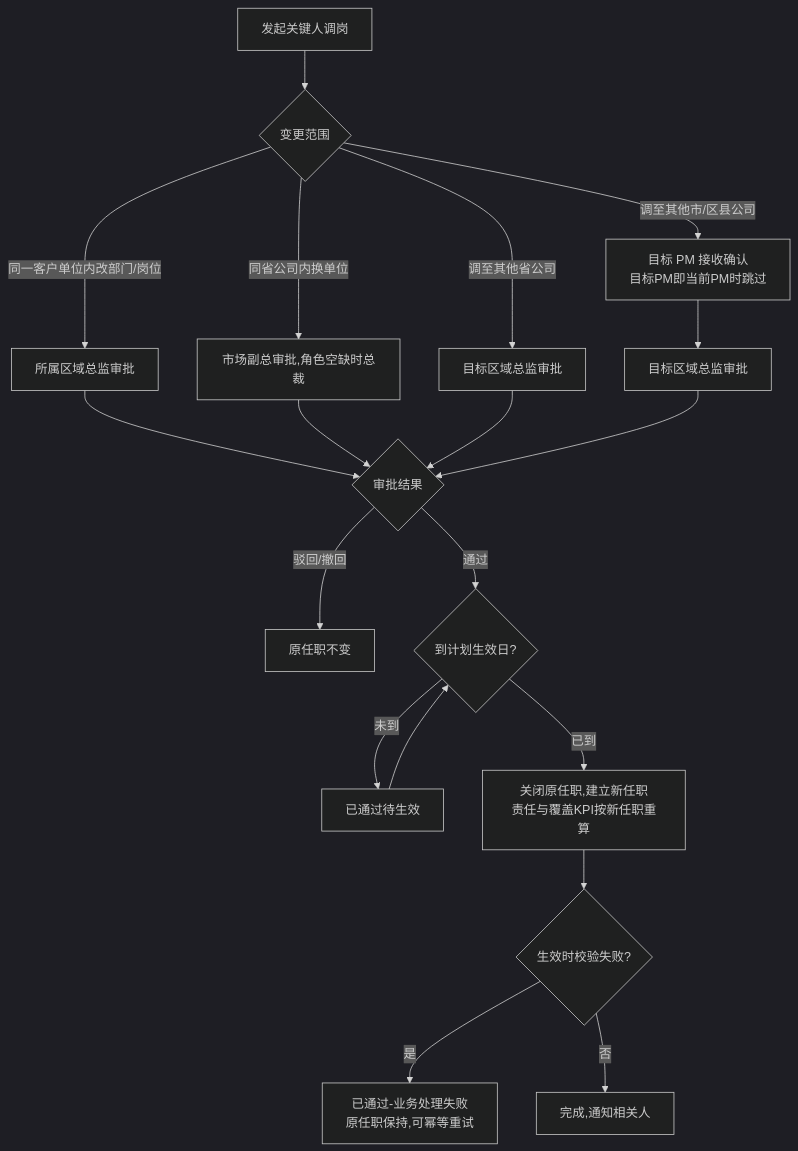
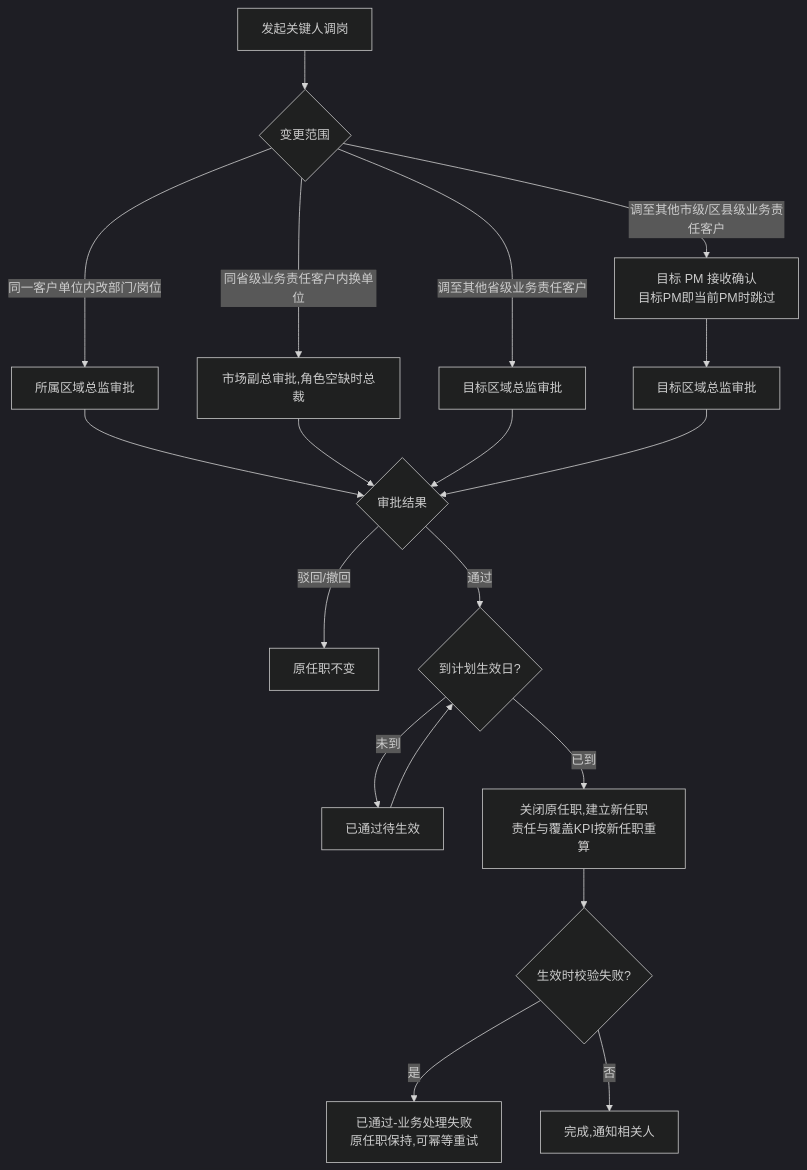
The diagram in prd-workspace/current/user-flows/FLOW-02-M02-key-contact-transfer.md (Joker-1030/Yingjia-Internal-Management-System), drawn with Mermaid (dark theme) before and after one commit. The commit also changed 117 other files, not shown here.

````diff
--- a/prd-workspace/current/user-flows/FLOW-02-M02-key-contact-transfer.md
+++ b/prd-workspace/current/user-flows/FLOW-02-M02-key-contact-transfer.md
@@ -8,21 +8,21 @@
 ```mermaid
 flowchart TD
     A[发起关键人调岗] --> B{变更范围}
     B -- 同一客户单位内改部门/岗位 --> C[所属区域总监审批]
-    B -- 同省公司内换单位 --> D[市场副总审批,角色空缺时总裁]
-    B -- 调至其他市/区县公司 --> E[目标 PM 接收确认<br/>目标PM即当前PM时跳过]
-    B -- 调至其他省公司 --> F[目标区域总监审批]
+    B -- 同省级业务责任客户内换单位 --> D[市场副总审批,角色空缺时总裁]
+    B -- 调至其他市级/区县级业务责任客户 --> E[目标 PM 接收确认<br/>目标PM即当前PM时跳过]
+    B -- 调至其他省级业务责任客户 --> F[目标区域总监审批]
     E --> G[目标区域总监审批]
     C --> H{审批结果}
     D --> H
     F --> H
     G --> H
     H -- 驳回/撤回 --> I[原任职不变]
     H -- 通过 --> J{到计划生效日?}
     J -- 未到 --> K[已通过待生效]
     K --> J
     J -- 已到 --> L[关闭原任职,建立新任职<br/>责任与覆盖KPI按新任职重算]
     L --> M{生效时校验失败?}
     M -- 是 --> N[已通过-业务处理失败<br/>原任职保持,可幂等重试]
     M -- 否 --> O[完成,通知相关人]
 ```
````
